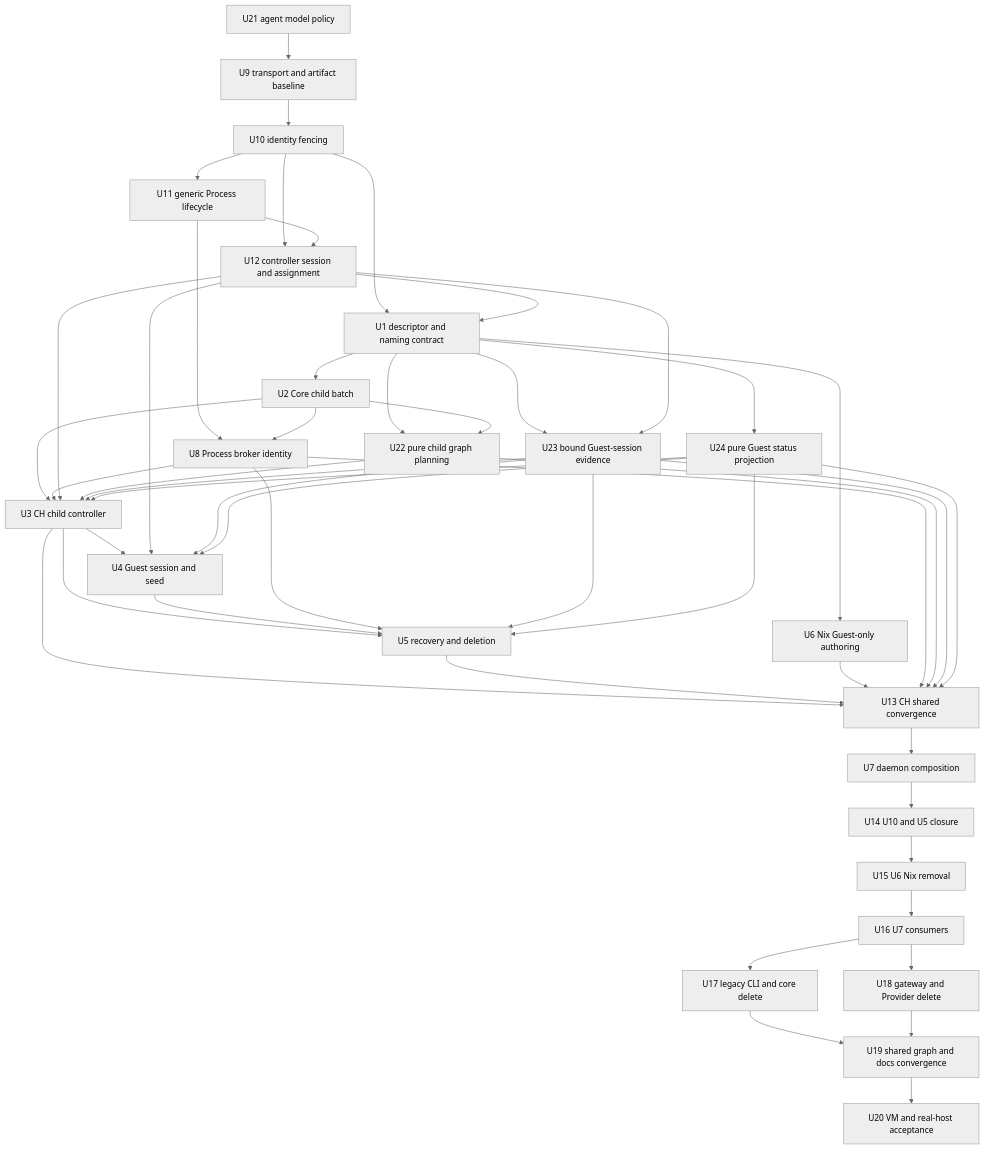
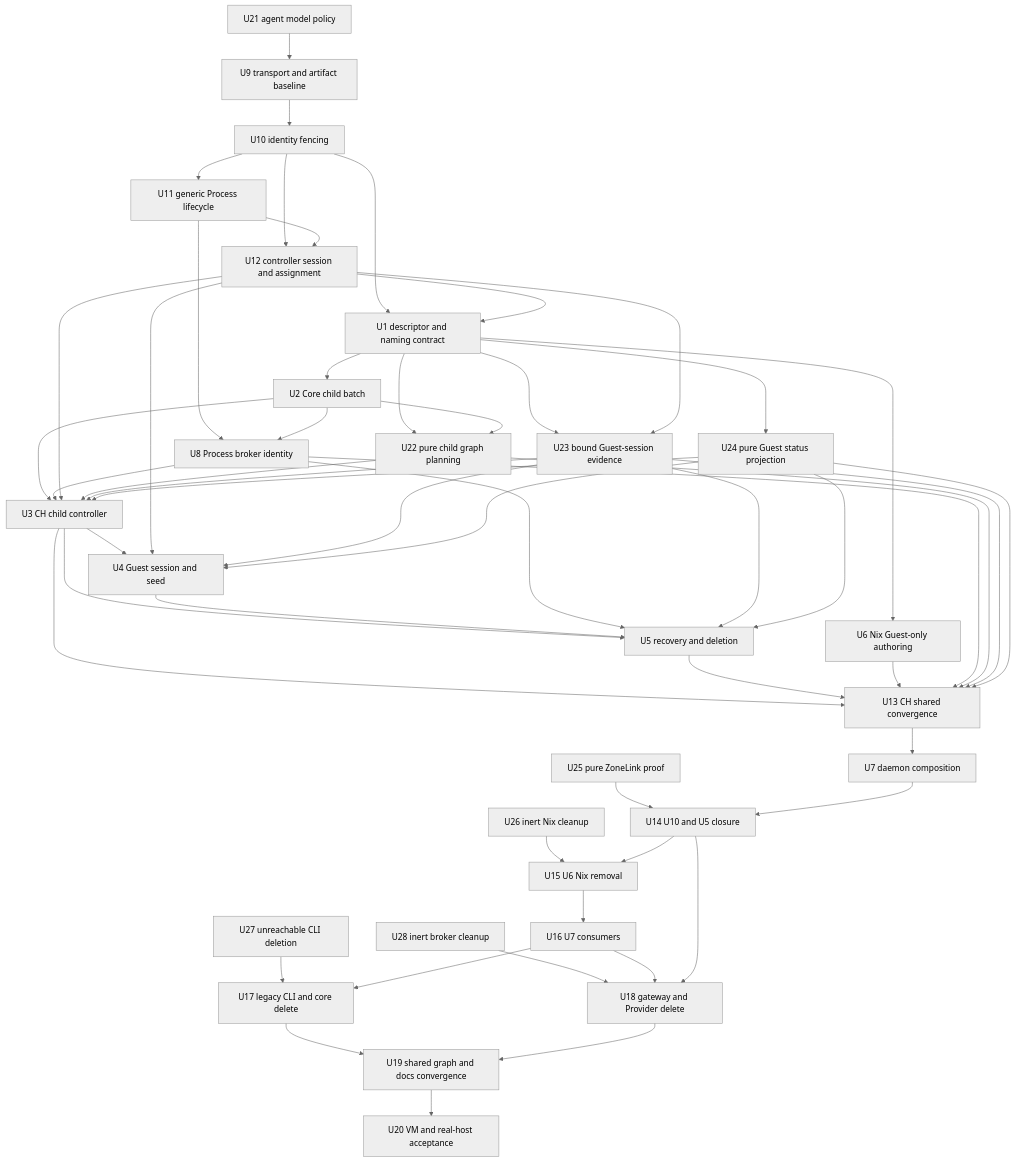
The seventh of 7 diagrams in docs/plans/2026-08-28-001-refactor-controller-owned-cloud-hypervisor-guest-lifecycle-plan.md (vicondoa/d2b), drawn with Mermaid (neutral theme) before and after one commit. The commit also changed other lines of this file, not shown here.

Commit message:
plan: parallelize ZoneLink and cleanup work

````diff
--- a/docs/plans/2026-08-28-001-refactor-controller-owned-cloud-hypervisor-guest-lifecycle-plan.md
+++ b/docs/plans/2026-08-28-001-refactor-controller-owned-cloud-hypervisor-guest-lifecycle-plan.md
@@ -454,50 +454,55 @@
 ```mermaid
 flowchart TB
   U21[U21 agent model policy] --> U9[U9 transport and artifact baseline]
   U9 --> U10[U10 identity fencing]
   U10 --> U11[U11 generic Process lifecycle]
   U10 --> U12[U12 controller session and assignment]
   U11 --> U12
   U10 --> U1[U1 descriptor and naming contract]
   U12 --> U1
   U1 --> U2[U2 Core child batch]
   U1 --> U6[U6 Nix Guest-only authoring]
   U1 --> U22[U22 pure child graph planning]
   U2 --> U22
   U1 --> U23[U23 bound Guest-session evidence]
   U12 --> U23
   U1 --> U24[U24 pure Guest status projection]
   U2 --> U3[U3 CH child controller]
   U11 --> U8[U8 Process broker identity]
   U2 --> U8
   U8 --> U3
   U12 --> U3
   U22 --> U3
   U23 --> U3
   U24 --> U3
   U3 --> U4[U4 Guest session and seed]
   U12 --> U4
   U23 --> U4
   U24 --> U4
   U3 --> U5[U5 recovery and deletion]
   U4 --> U5
   U8 --> U5
   U23 --> U5
   U24 --> U5
   U3 --> U13[U13 CH shared convergence]
   U5 --> U13
   U6 --> U13
   U8 --> U13
   U22 --> U13
   U23 --> U13
   U24 --> U13
+  U25[U25 pure ZoneLink proof] --> U14
+  U26[U26 inert Nix cleanup] --> U15
+  U27[U27 unreachable CLI deletion] --> U17
+  U28[U28 inert broker cleanup] --> U18
   U13 --> U7[U7 daemon composition]
   U7 --> U14[U14 U10 and U5 closure]
   U14 --> U15[U15 U6 Nix removal]
   U15 --> U16[U16 U7 consumers]
   U16 --> U17[U17 legacy CLI and core delete]
   U16 --> U18[U18 gateway and Provider delete]
+  U14 --> U18
   U17 --> U19[U19 shared graph and docs convergence]
   U18 --> U19
   U19 --> U20[U20 VM and real-host acceptance]
 ```
````
